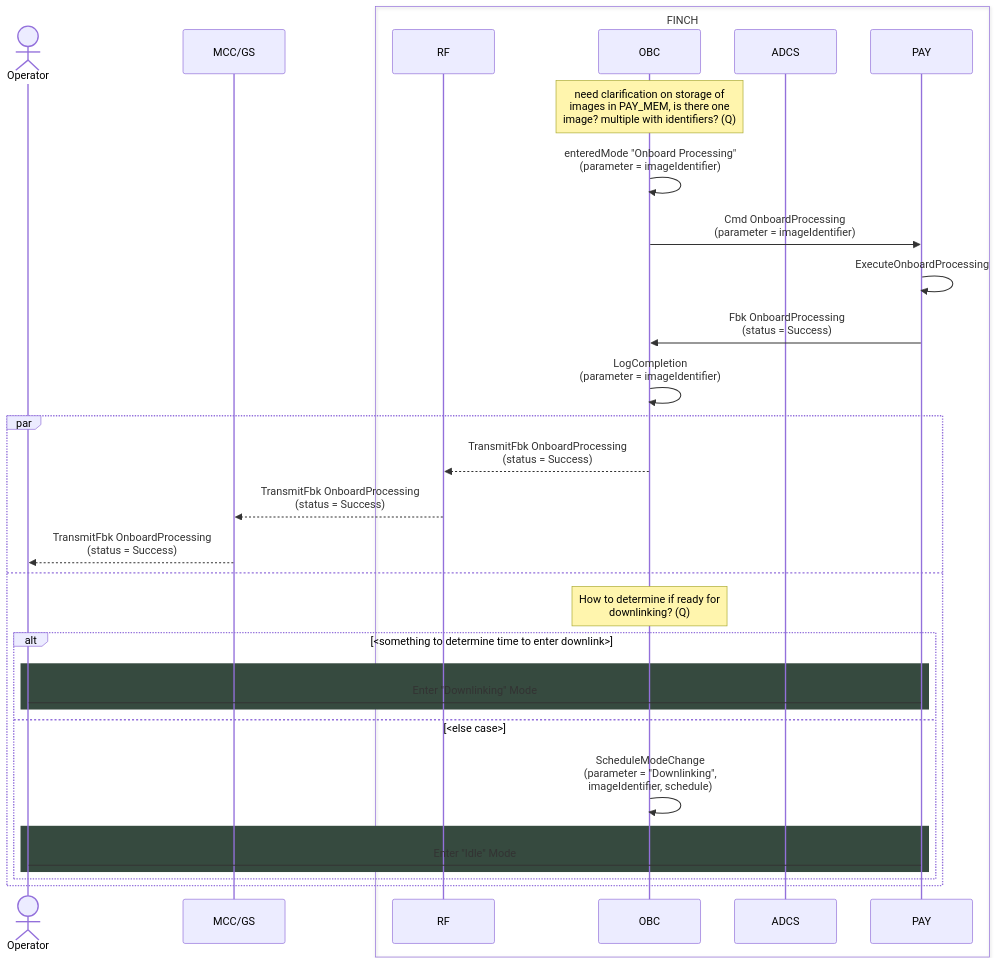
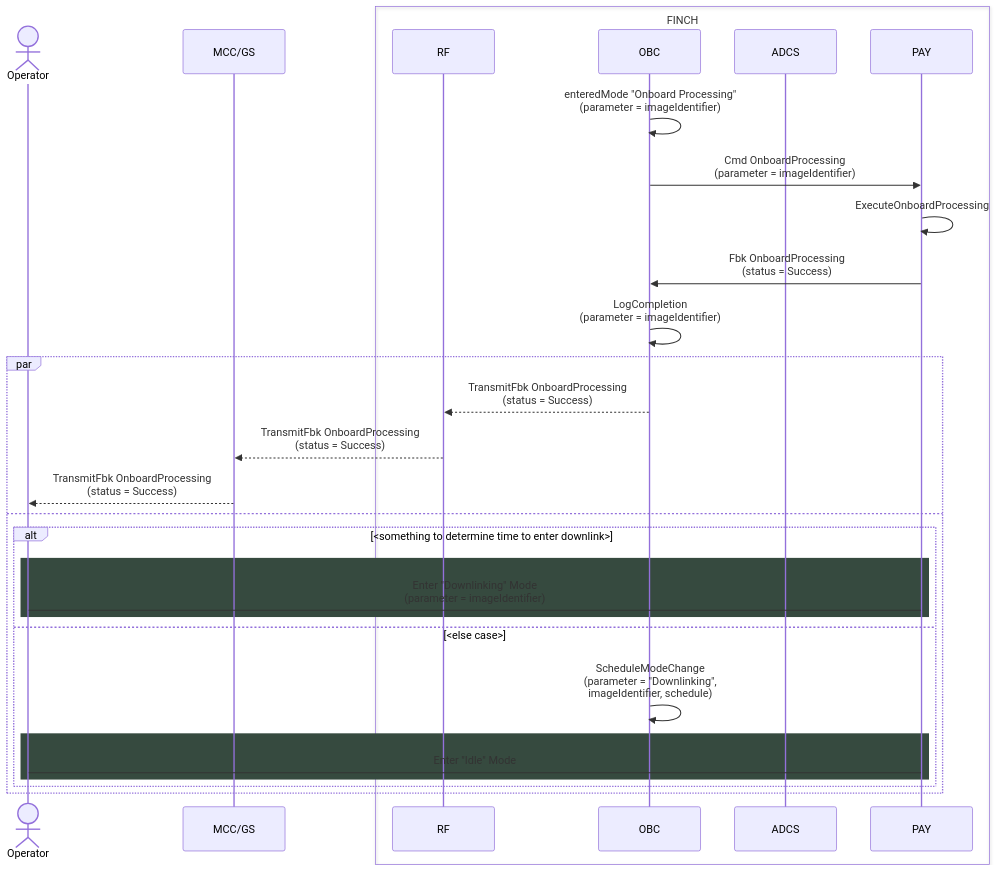
Before and after one commit to Addy-lit/FINCH-system-architecture: the diagram in command sequences/onboard-processing-command.md, drawn with Mermaid.

````diff
--- a/command sequences/onboard-processing-command.md
+++ b/command sequences/onboard-processing-command.md
@@ -2,41 +2,36 @@
 ```mermaid
 
 sequenceDiagram
     Actor Operator
     participant MCC/GS
     box FINCH
         participant RF
         participant OBC
         participant ADCS
         participant PAY
     end
 
-	note over OBC: need clarification on storage of <br> images in PAY_MEM, is there one <br> image? multiple with identifiers? (Q)
 	OBC ->> OBC: enteredMode "Onboard Processing" <br> (parameter = imageIdentifier)
 
+	OBC ->> PAY: Cmd OnboardProcessing <br> (parameter = imageIdentifier)
+	PAY ->> PAY: ExecuteOnboardProcessing
+	PAY ->> OBC: Fbk OnboardProcessing <br> (status = Success)
+	OBC ->> OBC: LogCompletion <br> (parameter = imageIdentifier)
 
-        OBC ->> PAY: Cmd OnboardProcessing <br> (parameter = imageIdentifier)
-        PAY ->> PAY: ExecuteOnboardProcessing
-        PAY ->> OBC: Fbk OnboardProcessing <br> (status = Success)
-		OBC ->> OBC: LogCompletion <br> (parameter = imageIdentifier)
-      
-        par
-            OBC -->> RF: TransmitFbk OnboardProcessing <br> (status = Success)
-            RF -->> MCC/GS: TransmitFbk OnboardProcessing <br> (status = Success)
-            MCC/GS -->> Operator: TransmitFbk OnboardProcessing <br> (status = Success)
-        and
-			note over OBC: How to determine if ready for <br> downlinking? (Q)
-			alt <something to determine time to enter downlink>
-				rect rgb(54,74,63)
-      	      		Operator -> PAY: Enter "Downlinking" Mode
-            	end
-			else <else case>
-				OBC ->> OBC: ScheduleModeChange <br> (parameter = "Downlinking", <br> imageIdentifier, schedule)
-	    		rect rgb(54,74,63)
-      	     	  	Operator -> PAY: Enter "Idle" Mode
-           	 	end
-			end
+	par
+        OBC -->> RF: TransmitFbk OnboardProcessing <br> (status = Success)
+        RF -->> MCC/GS: TransmitFbk OnboardProcessing <br> (status = Success)
+        MCC/GS -->> Operator: TransmitFbk OnboardProcessing <br> (status = Success)
+	and
+		alt <something to determine time to enter downlink>
+			rect rgb(54,74,63)
+      	  		Operator -> PAY: Enter "Downlinking" Mode <br> (parameter = imageIdentifier)
+           	end
+		else <else case>
+			OBC ->> OBC: ScheduleModeChange <br> (parameter = "Downlinking", <br> imageIdentifier, schedule)
+	   		rect rgb(54,74,63)
+         	  	Operator -> PAY: Enter "Idle" Mode
+       	 	end
 		end
-
-
+	end
 ```
````
